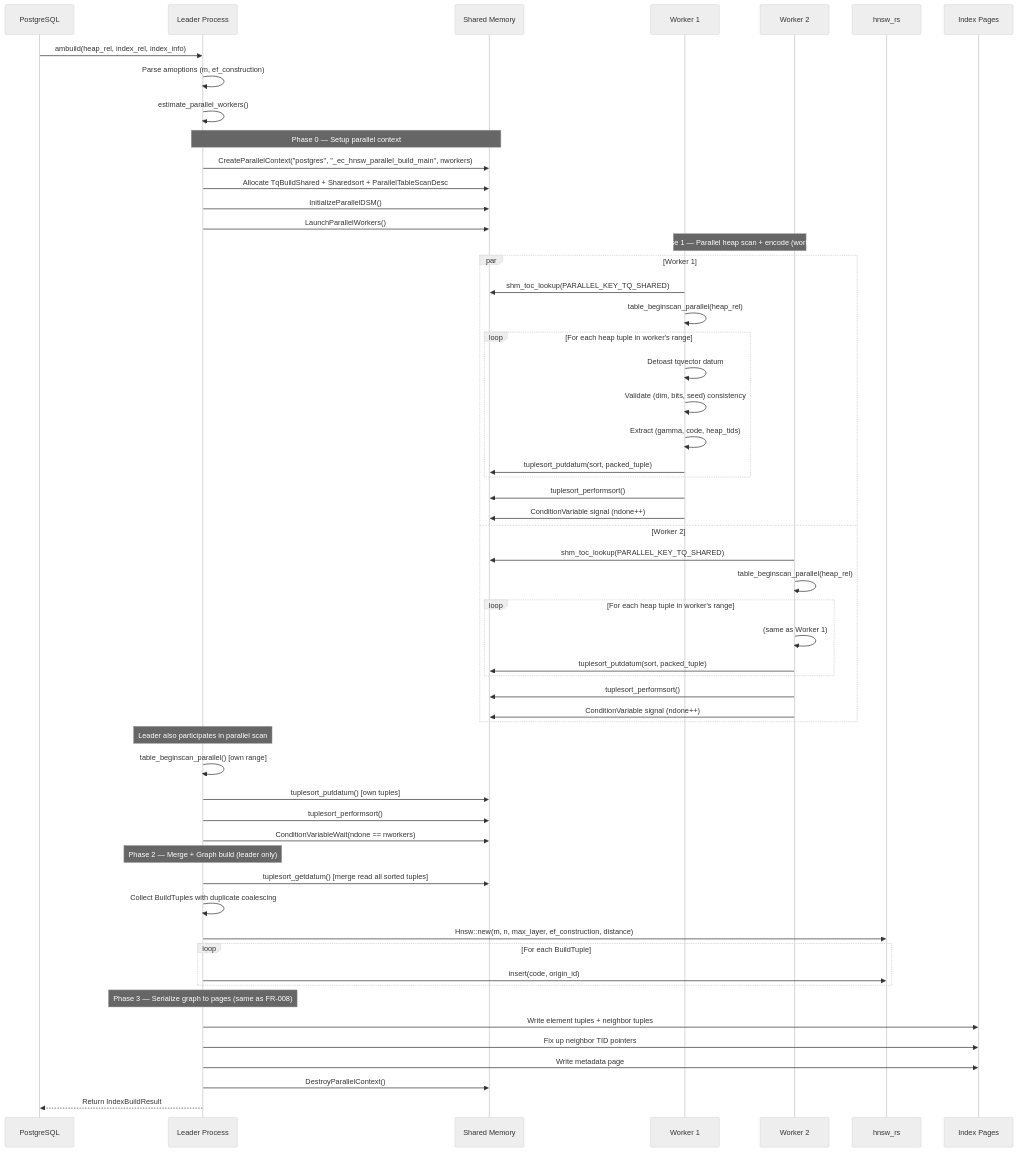
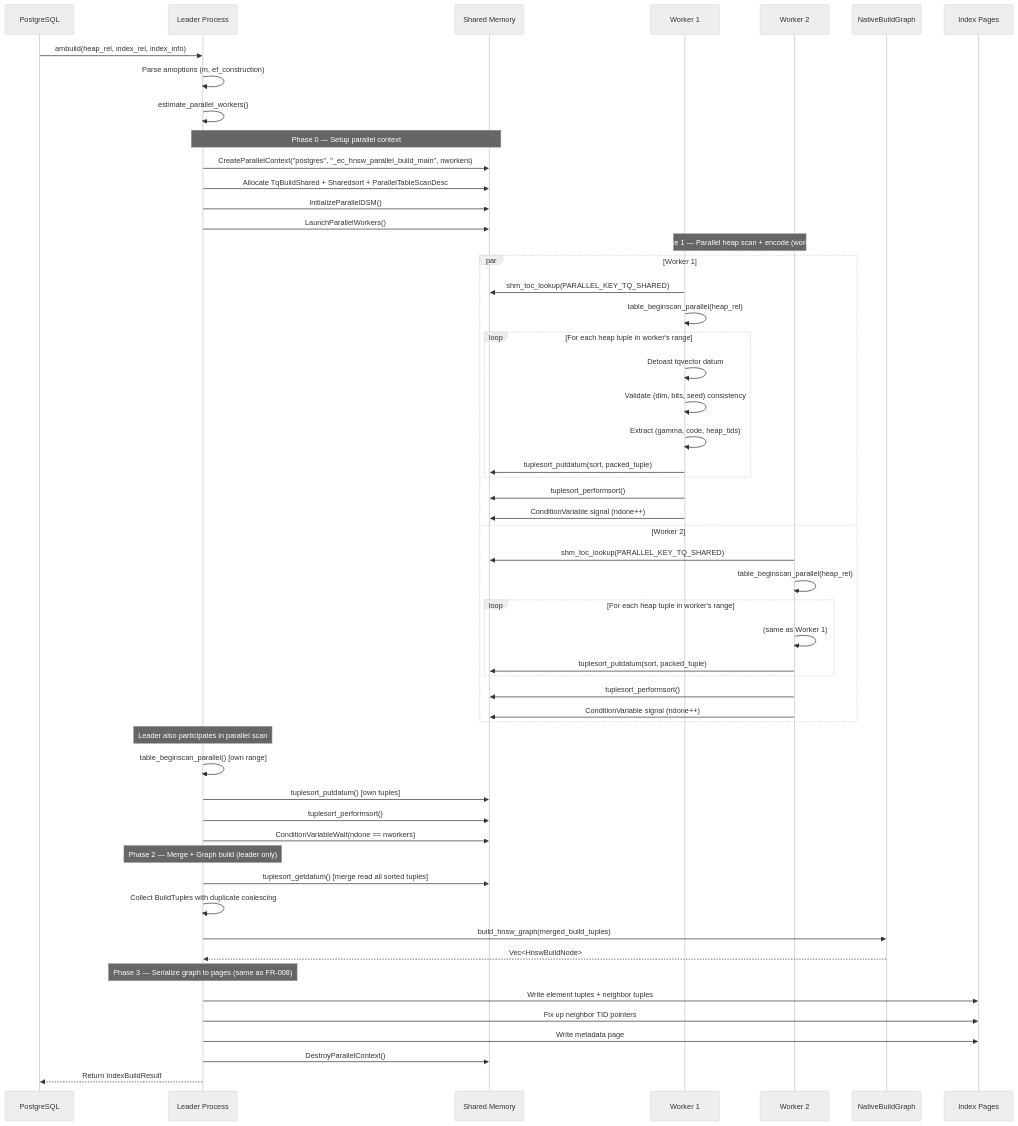
One commit to agent-ix/ecaz changed the diagram in spec/functional/FR-021-parallel-build.md. Above: the diagram before and after it, drawn with Mermaid (neutral theme). The commit also changed other lines of this file and 7 other files, not shown here.

Commit message:
Align live docs with native HNSW build path

````diff
--- a/spec/functional/FR-021-parallel-build.md
+++ b/spec/functional/FR-021-parallel-build.md
@@ -53,71 +53,69 @@
 ```mermaid
 sequenceDiagram
     participant PG as PostgreSQL
     participant Leader as Leader Process
     participant DSM as Shared Memory
     participant W1 as Worker 1
     participant W2 as Worker 2
-    participant HNSW as hnsw_rs
+    participant Graph as NativeBuildGraph
     participant Pages as Index Pages
 
     PG->>Leader: ambuild(heap_rel, index_rel, index_info)
     Leader->>Leader: Parse amoptions (m, ef_construction)
     Leader->>Leader: estimate_parallel_workers()
 
     Note over Leader,DSM: Phase 0 — Setup parallel context
 
     Leader->>DSM: CreateParallelContext("postgres", "_ec_hnsw_parallel_build_main", nworkers)
     Leader->>DSM: Allocate TqBuildShared + Sharedsort + ParallelTableScanDesc
     Leader->>DSM: InitializeParallelDSM()
     Leader->>DSM: LaunchParallelWorkers()
 
     Note over W1,W2: Phase 1 — Parallel heap scan + encode (workers)
 
     par Worker 1
         W1->>DSM: shm_toc_lookup(PARALLEL_KEY_TQ_SHARED)
         W1->>W1: table_beginscan_parallel(heap_rel)
         loop For each heap tuple in worker's range
             W1->>W1: Detoast tqvector datum
             W1->>W1: Validate (dim, bits, seed) consistency
             W1->>W1: Extract (gamma, code, heap_tids)
             W1->>DSM: tuplesort_putdatum(sort, packed_tuple)
         end
         W1->>DSM: tuplesort_performsort()
         W1->>DSM: ConditionVariable signal (ndone++)
     and Worker 2
         W2->>DSM: shm_toc_lookup(PARALLEL_KEY_TQ_SHARED)
         W2->>W2: table_beginscan_parallel(heap_rel)
         loop For each heap tuple in worker's range
             W2->>W2: (same as Worker 1)
             W2->>DSM: tuplesort_putdatum(sort, packed_tuple)
         end
         W2->>DSM: tuplesort_performsort()
         W2->>DSM: ConditionVariable signal (ndone++)
     end
 
     Note over Leader: Leader also participates in parallel scan
 
     Leader->>Leader: table_beginscan_parallel() [own range]
     Leader->>DSM: tuplesort_putdatum() [own tuples]
     Leader->>DSM: tuplesort_performsort()
     Leader->>DSM: ConditionVariableWait(ndone == nworkers)
 
     Note over Leader: Phase 2 — Merge + Graph build (leader only)
 
     Leader->>DSM: tuplesort_getdatum() [merge read all sorted tuples]
     Leader->>Leader: Collect BuildTuples with duplicate coalescing
 
-    Leader->>HNSW: Hnsw::new(m, n, max_layer, ef_construction, distance)
-    loop For each BuildTuple
-        Leader->>HNSW: insert(code, origin_id)
-    end
+    Leader->>Graph: build_hnsw_graph(merged_build_tuples)
+    Graph-->>Leader: Vec<HnswBuildNode>
 
     Note over Leader: Phase 3 — Serialize graph to pages (same as FR-008)
 
     Leader->>Pages: Write element tuples + neighbor tuples
     Leader->>Pages: Fix up neighbor TID pointers
     Leader->>Pages: Write metadata page
 
     Leader->>DSM: DestroyParallelContext()
     Leader-->>PG: Return IndexBuildResult
 ```
````
